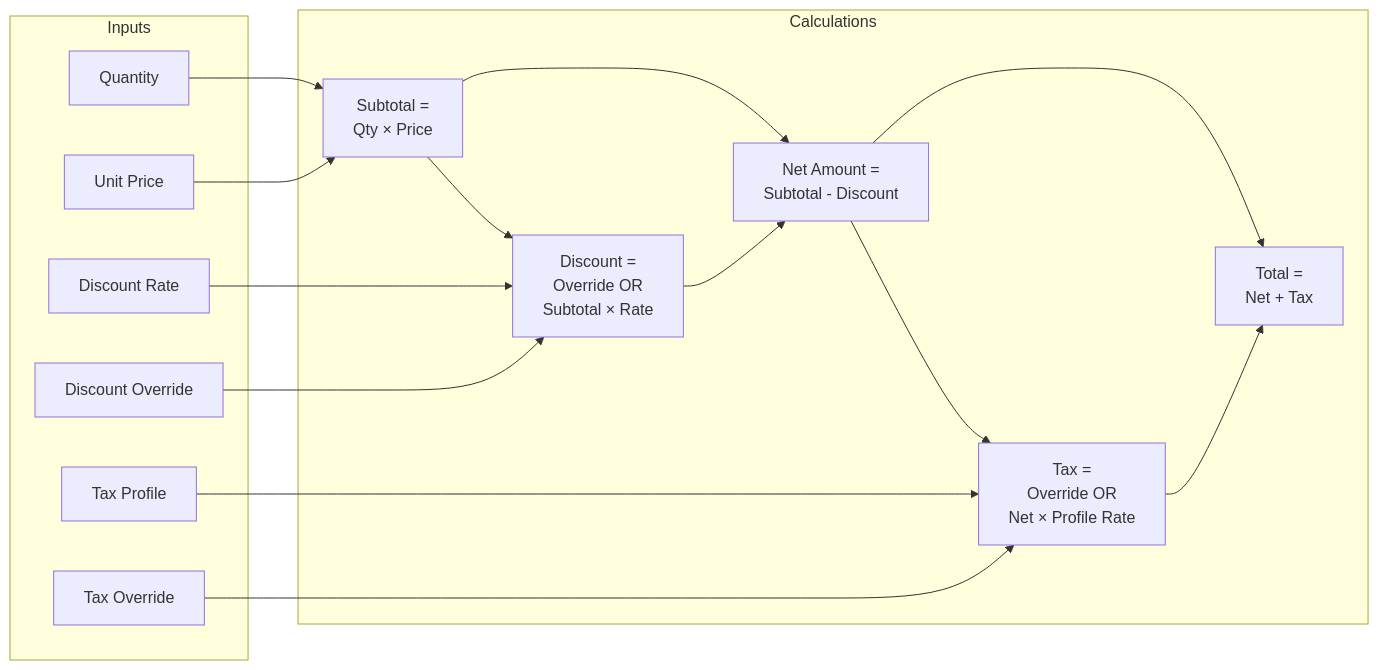
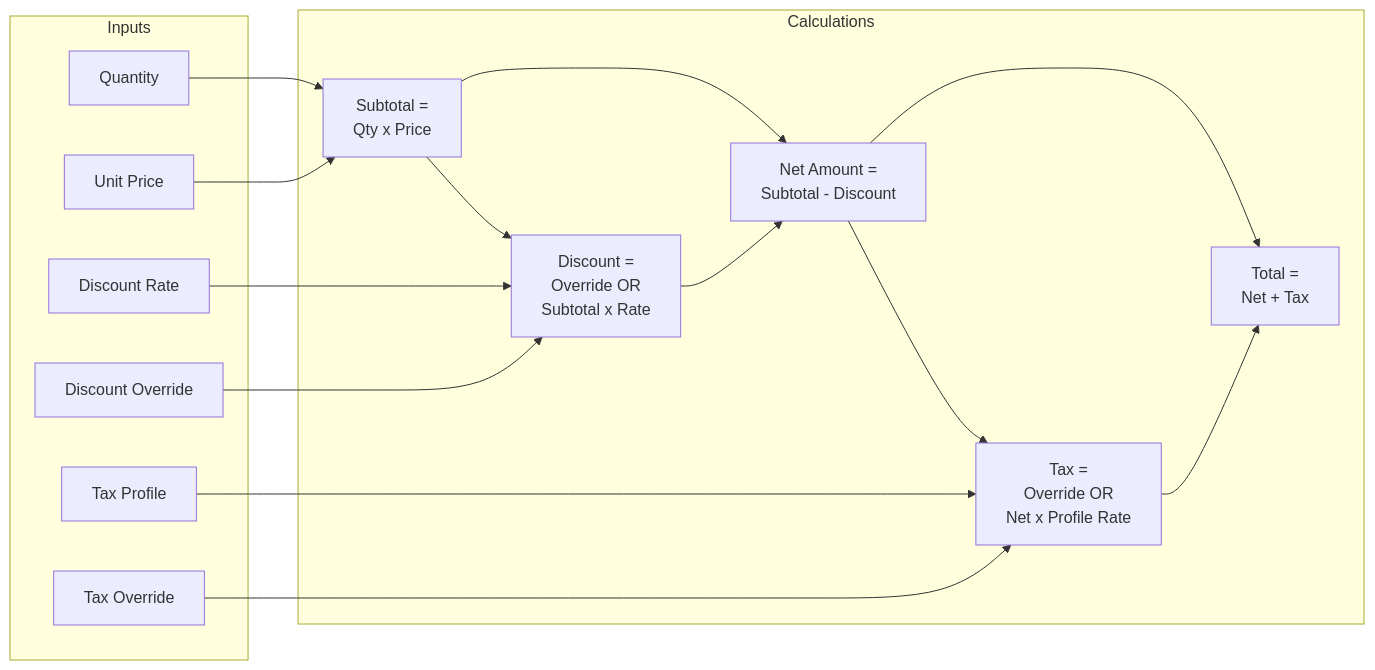
One commit to PeakMNA/carmen changed the eighth of 60 diagrams in docs/app/procurement/purchase-requests/FD-purchase-requests.md. Above: the diagram before and after it, drawn with Mermaid. The commit also changed other lines of this file and 473 other files, not shown here.

````diff
--- a/docs/app/procurement/purchase-requests/FD-purchase-requests.md
+++ b/docs/app/procurement/purchase-requests/FD-purchase-requests.md
@@ -443,32 +460,32 @@
 ```mermaid
 flowchart LR
     subgraph Inputs
         Qty[Quantity]
         Price[Unit Price]
         DiscRate[Discount Rate]
         DiscOverride[Discount Override]
         TaxProfile[Tax Profile]
         TaxOverride[Tax Override]
     end
 
     subgraph Calculations
-        Subtotal[Subtotal =<br>Qty × Price]
-        DiscAmt[Discount =<br>Override OR<br>Subtotal × Rate]
+        Subtotal[Subtotal =<br>Qty x Price]
+        DiscAmt[Discount =<br>Override OR<br>Subtotal x Rate]
         NetAmt[Net Amount =<br>Subtotal - Discount]
-        TaxAmt[Tax =<br>Override OR<br>Net × Profile Rate]
+        TaxAmt[Tax =<br>Override OR<br>Net x Profile Rate]
         Total[Total =<br>Net + Tax]
     end
 
     Qty --> Subtotal
     Price --> Subtotal
     Subtotal --> DiscAmt
     DiscRate --> DiscAmt
     DiscOverride --> DiscAmt
     DiscAmt --> NetAmt
     Subtotal --> NetAmt
     NetAmt --> TaxAmt
     TaxProfile --> TaxAmt
     TaxOverride --> TaxAmt
     TaxAmt --> Total
     NetAmt --> Total
 ```
````
